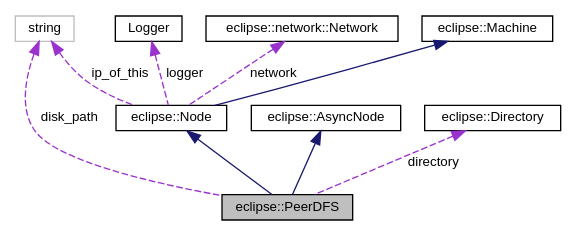
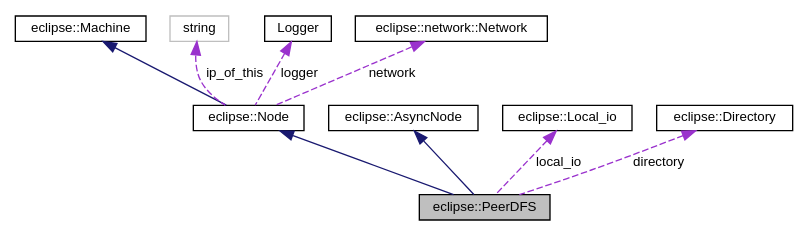
Before and after one commit to DICL/VeloxDFS: the diagram in classeclipse_1_1PeerDFS__coll__graph.dot, drawn with Graphviz. The commit also changed 169 other files, not shown here.

```diff
--- a/classeclipse_1_1PeerDFS__coll__graph.dot
+++ b/classeclipse_1_1PeerDFS__coll__graph.dot
@@ -1,21 +1,22 @@
 digraph G
 {
   edge [fontname="Helvetica",fontsize="10",labelfontname="Helvetica",labelfontsize="10"];
   node [fontname="Helvetica",fontsize="10",shape=record];
   Node1 [label="eclipse::PeerDFS",height=0.2,width=0.4,color="black", fillcolor="grey75", style="filled" fontcolor="black"];
   Node2 -> Node1 [dir="back",color="midnightblue",fontsize="10",style="solid",fontname="Helvetica"];
   Node2 [label="eclipse::Node",height=0.2,width=0.4,color="black", fillcolor="white", style="filled",URL="$classeclipse_1_1Node.html"];
   Node3 -> Node2 [dir="back",color="midnightblue",fontsize="10",style="solid",fontname="Helvetica"];
   Node3 [label="eclipse::Machine",height=0.2,width=0.4,color="black", fillcolor="white", style="filled",URL="$classeclipse_1_1Machine.html"];
   Node4 -> Node2 [dir="back",color="darkorchid3",fontsize="10",style="dashed",label=" ip_of_this" ,fontname="Helvetica"];
   Node4 [label="string",height=0.2,width=0.4,color="grey75", fillcolor="white", style="filled"];
   Node5 -> Node2 [dir="back",color="darkorchid3",fontsize="10",style="dashed",label=" logger" ,fontname="Helvetica"];
   Node5 [label="Logger",height=0.2,width=0.4,color="black", fillcolor="white", style="filled",URL="$classLogger.html"];
   Node6 -> Node2 [dir="back",color="darkorchid3",fontsize="10",style="dashed",label=" network" ,fontname="Helvetica"];
   Node6 [label="eclipse::network::Network",height=0.2,width=0.4,color="black", fillcolor="white", style="filled",URL="$classeclipse_1_1network_1_1Network.html"];
   Node7 -> Node1 [dir="back",color="midnightblue",fontsize="10",style="solid",fontname="Helvetica"];
   Node7 [label="eclipse::AsyncNode",height=0.2,width=0.4,color="black", fillcolor="white", style="filled",URL="$classeclipse_1_1AsyncNode.html"];
-  Node4 -> Node1 [dir="back",color="darkorchid3",fontsize="10",style="dashed",label=" disk_path" ,fontname="Helvetica"];
-  Node8 -> Node1 [dir="back",color="darkorchid3",fontsize="10",style="dashed",label=" directory" ,fontname="Helvetica"];
-  Node8 [label="eclipse::Directory",height=0.2,width=0.4,color="black", fillcolor="white", style="filled",URL="$classeclipse_1_1Directory.html"];
+  Node8 -> Node1 [dir="back",color="darkorchid3",fontsize="10",style="dashed",label=" local_io" ,fontname="Helvetica"];
+  Node8 [label="eclipse::Local_io",height=0.2,width=0.4,color="black", fillcolor="white", style="filled",URL="$classeclipse_1_1Local__io.html"];
+  Node9 -> Node1 [dir="back",color="darkorchid3",fontsize="10",style="dashed",label=" directory" ,fontname="Helvetica"];
+  Node9 [label="eclipse::Directory",height=0.2,width=0.4,color="black", fillcolor="white", style="filled",URL="$classeclipse_1_1Directory.html"];
 }
```
